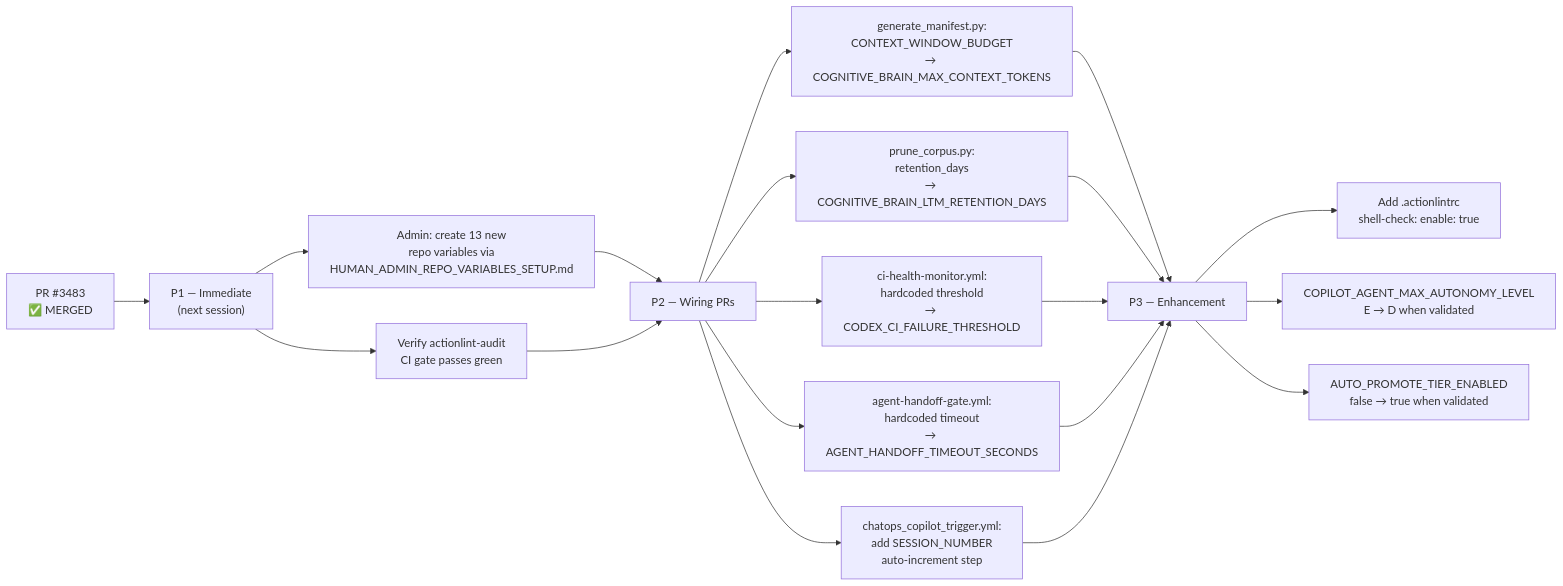
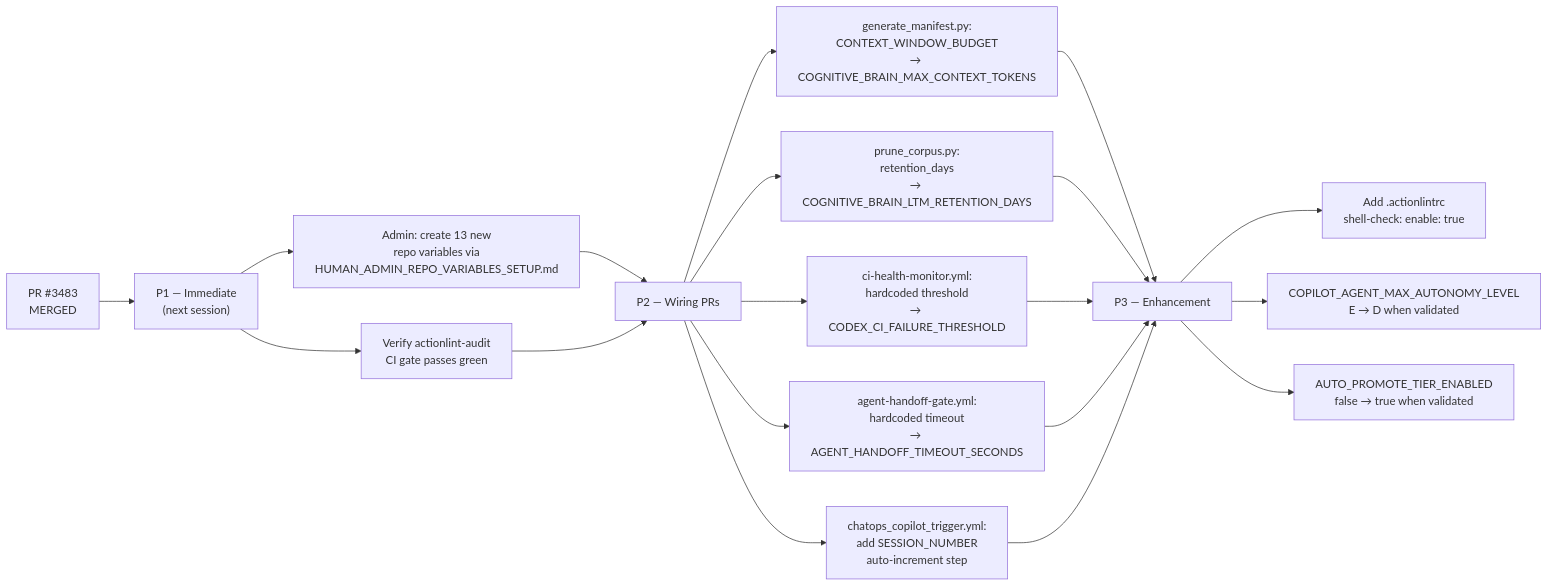
The second of 2 diagrams in docs/cognitive_brain/status/COGNITIVE_BRAIN_STATUS_PR3483.md (Aries-Serpent/_codex_), drawn with Mermaid before and after one commit. The commit also changed other lines of this file and 2029 other files, not shown here.

````diff
--- a/docs/cognitive_brain/status/COGNITIVE_BRAIN_STATUS_PR3483.md
+++ b/docs/cognitive_brain/status/COGNITIVE_BRAIN_STATUS_PR3483.md
@@ -92,21 +94,21 @@
 ```mermaid
-%%{init: {'accessibility': {'title': 'Flowchart showing "PR #3483\n✅ MERGED", "P1 — Immediate\n(next session)"'}}%%
+%%{init: {'accessibility': {'title': 'Flowchart showing "PR #3483\n MERGED", "P1 — Immediate\n(next session)"'}}%%
 flowchart LR
-    NOW["PR #3483\n✅ MERGED"] --> P1
+    NOW["PR #3483\n MERGED"] --> P1
 
     P1["P1 — Immediate\n(next session)"]
     P1 --> P1A["Admin: create 13 new\nrepo variables via\nHUMAN_ADMIN_REPO_VARIABLES_SETUP.md"]
     P1 --> P1B["Verify actionlint-audit\nCI gate passes green"]
 
     P1A & P1B --> P2["P2 — Wiring PRs"]
     P2 --> P2A["generate_manifest.py:\nCONTEXT_WINDOW_BUDGET\n→ COGNITIVE_BRAIN_MAX_CONTEXT_TOKENS"]
     P2 --> P2B["prune_corpus.py:\nretention_days\n→ COGNITIVE_BRAIN_LTM_RETENTION_DAYS"]
     P2 --> P2C["ci-health-monitor.yml:\nhardcoded threshold\n→ CODEX_CI_FAILURE_THRESHOLD"]
     P2 --> P2D["agent-handoff-gate.yml:\nhardcoded timeout\n→ AGENT_HANDOFF_TIMEOUT_SECONDS"]
     P2 --> P2E["chatops_copilot_trigger.yml:\nadd SESSION_NUMBER\nauto-increment step"]
 
     P2A & P2B & P2C & P2D & P2E --> P3["P3 — Enhancement"]
     P3 --> P3A["Add .actionlintrc\nshell-check: enable: true"]
     P3 --> P3B["COPILOT_AGENT_MAX_AUTONOMY_LEVEL\nE → D when validated"]
     P3 --> P3C["AUTO_PROMOTE_TIER_ENABLED\nfalse → true when validated"]
 ```
````
